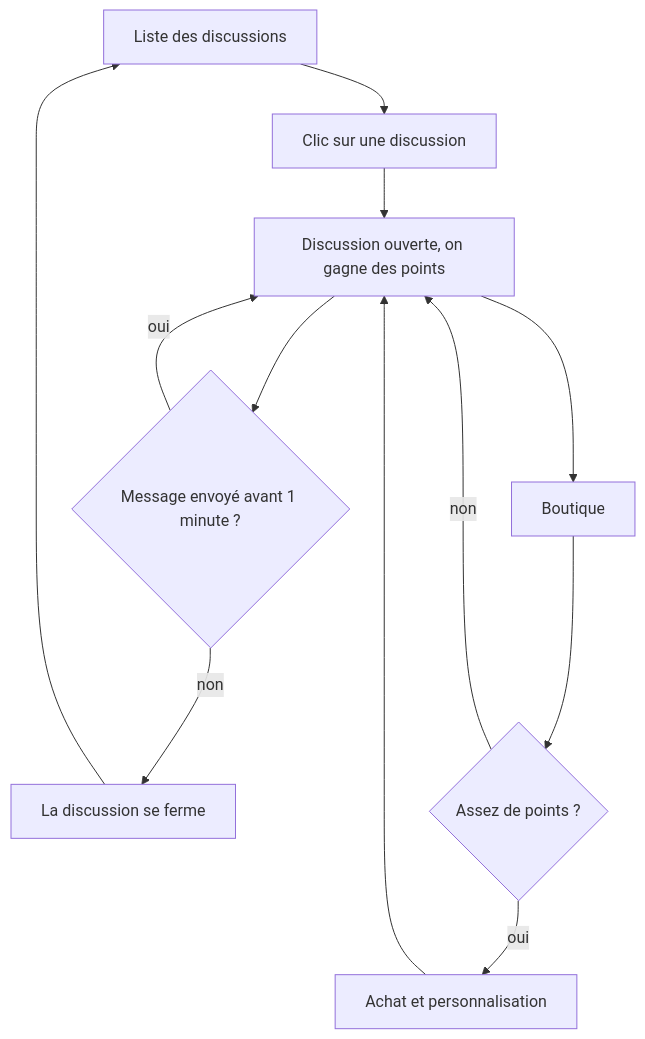
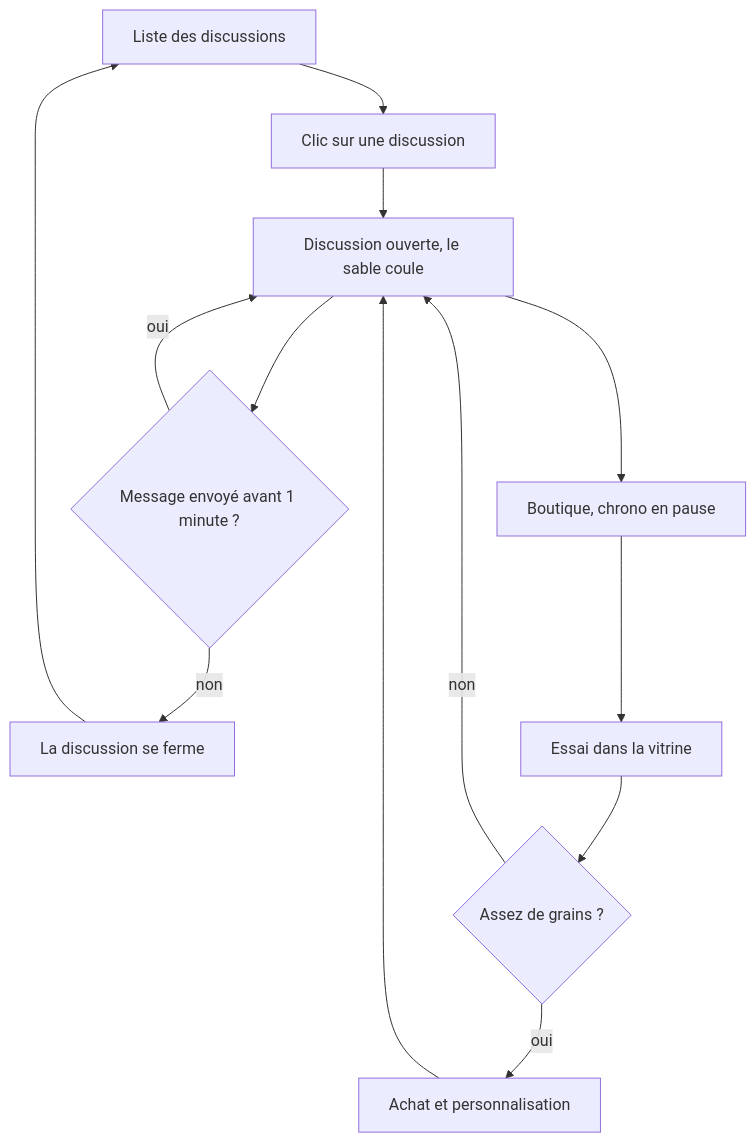
The diagram in docs/conception.md (Ellandeee/Projet-fil-rouge-messagerie-instantanee), drawn with Mermaid before and after one commit. The commit also changed other lines of this file and 1 other file, not shown here.

````diff
--- a/docs/conception.md
+++ b/docs/conception.md
@@ -56,14 +65,15 @@
 ```mermaid
 flowchart TD
     A[Liste des discussions] --> B[Clic sur une discussion]
-    B --> C[Discussion ouverte, on gagne des points]
+    B --> C[Discussion ouverte, le sable coule]
     C --> D{Message envoyé avant 1 minute ?}
     D -- oui --> C
     D -- non --> E[La discussion se ferme]
     E --> A
-    C --> F[Boutique]
-    F --> G{Assez de points ?}
+    C --> F[Boutique, chrono en pause]
+    F --> I[Essai dans la vitrine]
+    I --> G{Assez de grains ?}
     G -- oui --> H[Achat et personnalisation]
     G -- non --> C
     H --> C
 ```
````
